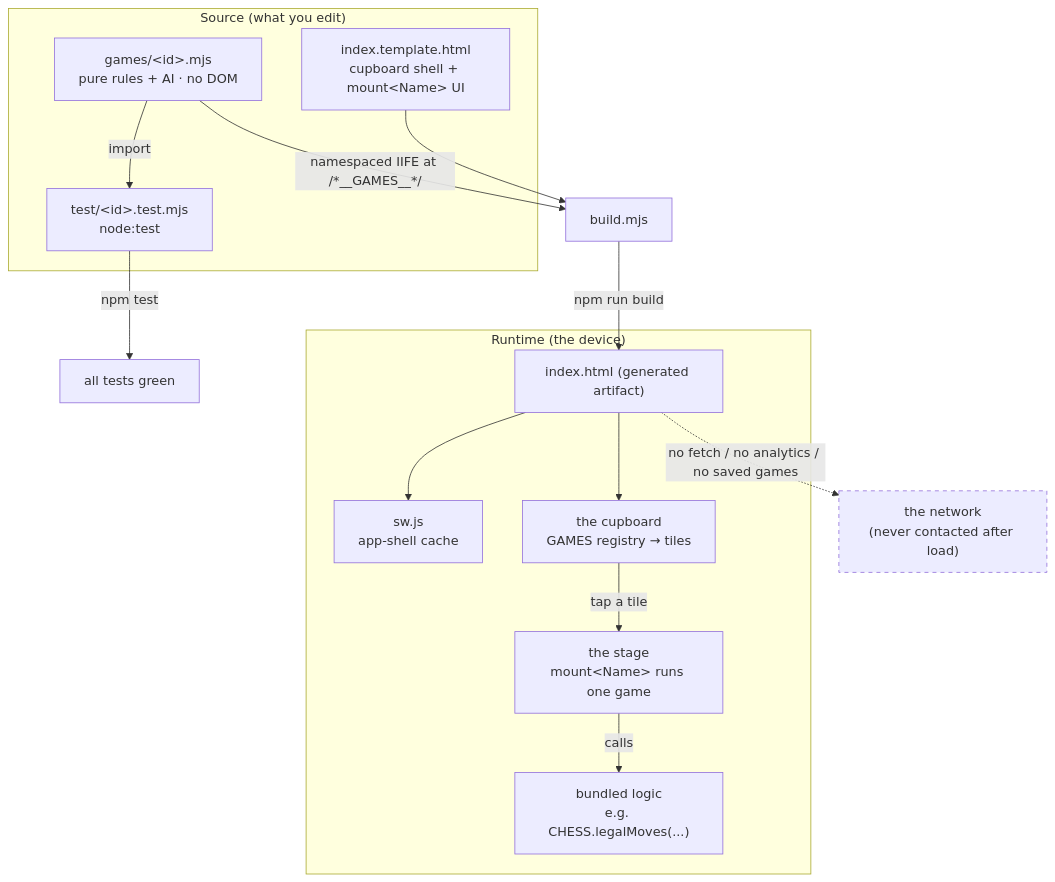
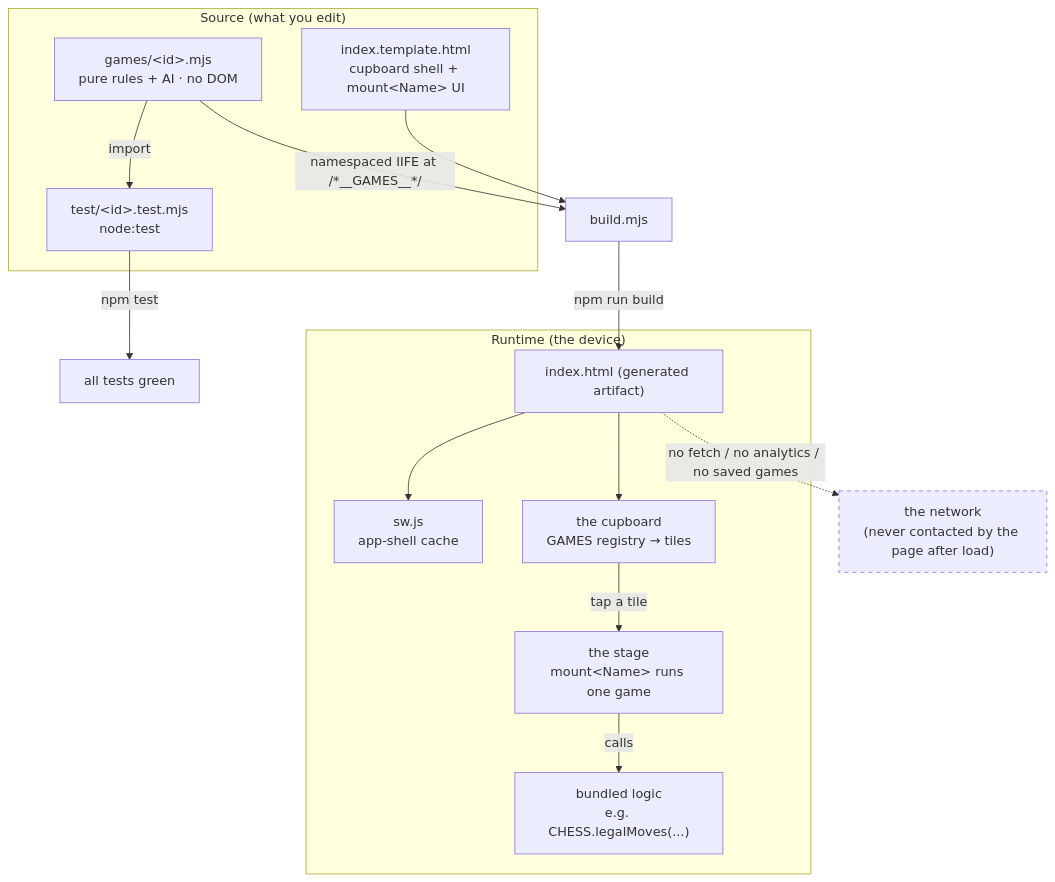
One commit to levitatingflyfisher/Parlour changed the diagram in docs/architecture/OVERVIEW.md. Above: the diagram before and after it, drawn with Mermaid. The commit also changed 20 other files, not shown here.

````diff
--- a/docs/architecture/OVERVIEW.md
+++ b/docs/architecture/OVERVIEW.md
@@ -19,27 +19,27 @@
 ```mermaid
 flowchart TD
     subgraph src["Source (what you edit)"]
         G["games/&lt;id&gt;.mjs<br/>pure rules + AI · no DOM"]
         T["test/&lt;id&gt;.test.mjs<br/>node:test"]
         TPL["index.template.html<br/>cupboard shell + mount&lt;Name&gt; UI"]
     end
 
     G -->|"import"| T
     T -->|"npm test"| GREEN["all tests green"]
 
     G -->|"namespaced IIFE at /*__GAMES__*/"| BUILD["build.mjs"]
     TPL --> BUILD
     BUILD -->|"npm run build"| HTML["index.html (generated artifact)"]
 
     subgraph runtime["Runtime (the device)"]
         HTML --> SW["sw.js<br/>app-shell cache"]
         HTML --> CUP["the cupboard<br/>GAMES registry → tiles"]
         CUP -->|"tap a tile"| STAGE["the stage<br/>mount&lt;Name&gt; runs one game"]
         STAGE -->|"calls"| NS["bundled logic<br/>e.g. CHESS.legalMoves(...)"]
     end
 
-    HTML -.->|"no fetch / no analytics / no saved games"| WORLD["the network<br/>(never contacted after load)"]
+    HTML -.->|"no fetch / no analytics / no saved games"| WORLD["the network<br/>(never contacted by the page after load)"]
 
     classDef ghost stroke-dasharray:5 5;
     class WORLD ghost;
 ```
````
